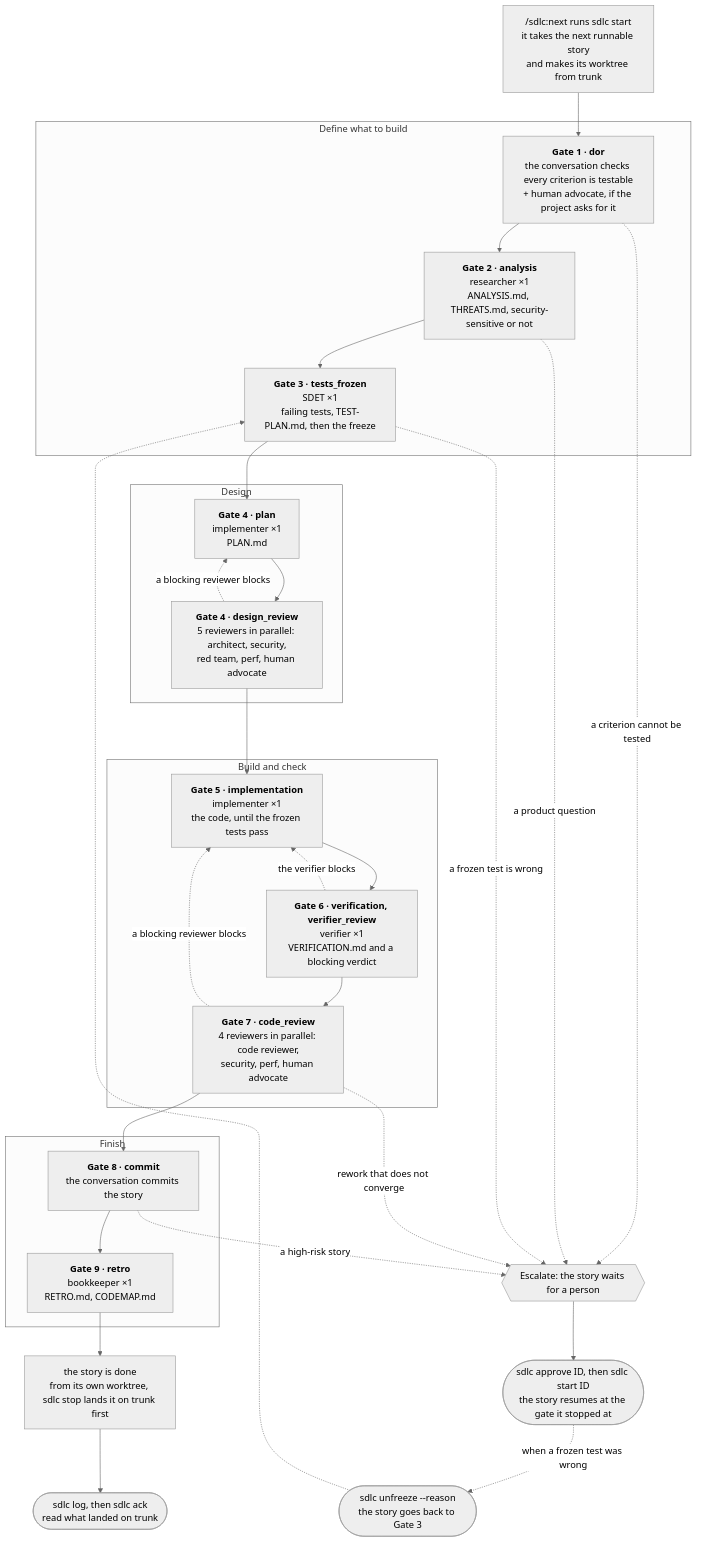
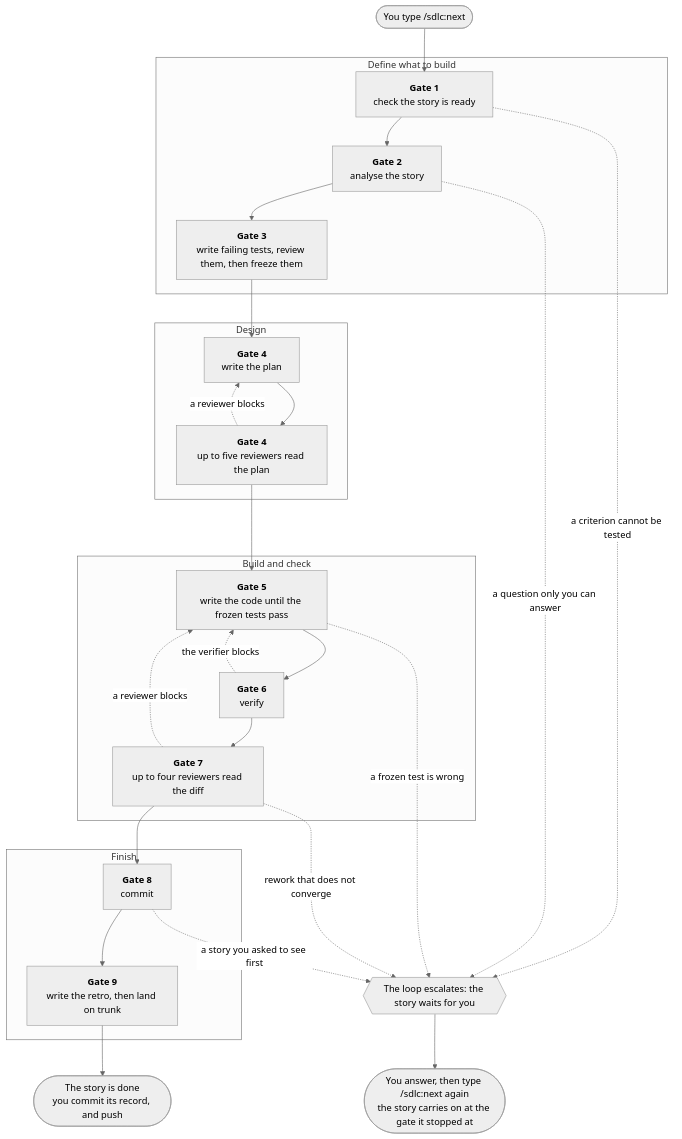
The diagram in docs/the-loop.md (bbsnly/sdlc), drawn with Mermaid (neutral theme) before and after one commit. The commit also changed other lines of this file and 36 other files, not shown here.

````diff
--- a/docs/the-loop.md
+++ b/docs/the-loop.md
@@ -109,50 +109,44 @@
 ```mermaid
 flowchart TD
-    start["/sdlc:next runs sdlc start<br/>it takes the next runnable story<br/>and makes its worktree from trunk"]
+    start(["You type /sdlc:next"])
 
     subgraph define["Define what to build"]
-        g1["<b>Gate 1 · dor</b><br/>the conversation checks every criterion is testable<br/>+ human advocate, if the project asks for it"]
-        g2["<b>Gate 2 · analysis</b><br/>researcher ×1<br/>ANALYSIS.md, THREATS.md, security-sensitive or not"]
-        g3["<b>Gate 3 · tests_frozen</b><br/>SDET ×1<br/>failing tests, TEST-PLAN.md, then the freeze"]
+        g1["<b>Gate 1</b><br/>check the story is ready"]
+        g2["<b>Gate 2</b><br/>analyse the story"]
+        g3["<b>Gate 3</b><br/>write failing tests, review them, then freeze them"]
     end
 
     subgraph design["Design"]
-        g4a["<b>Gate 4 · plan</b><br/>implementer ×1<br/>PLAN.md"]
-        g4b["<b>Gate 4 · design_review</b><br/>5 reviewers in parallel: architect, security,<br/>red team, perf, human advocate"]
+        g4a["<b>Gate 4</b><br/>write the plan"]
+        g4b["<b>Gate 4</b><br/>up to five reviewers read the plan"]
     end
 
     subgraph build["Build and check"]
-        g5["<b>Gate 5 · implementation</b><br/>implementer ×1<br/>the code, until the frozen tests pass"]
-        g6["<b>Gate 6 · verification, verifier_review</b><br/>verifier ×1<br/>VERIFICATION.md and a blocking verdict"]
-        g7["<b>Gate 7 · code_review</b><br/>4 reviewers in parallel: code reviewer,<br/>security, perf, human advocate"]
+        g5["<b>Gate 5</b><br/>write the code until the frozen tests pass"]
+        g6["<b>Gate 6</b><br/>verify"]
+        g7["<b>Gate 7</b><br/>up to four reviewers read the diff"]
     end
 
     subgraph finish["Finish"]
-        g8["<b>Gate 8 · commit</b><br/>the conversation commits the story"]
-        g9["<b>Gate 9 · retro</b><br/>bookkeeper ×1<br/>RETRO.md, CODEMAP.md"]
+        g8["<b>Gate 8</b><br/>commit"]
+        g9["<b>Gate 9</b><br/>write the retro, then land on trunk"]
     end
 
-    done["the story is done<br/>from its own worktree, sdlc stop lands it on trunk first"]
+    done(["The story is done<br/>you commit its record, and push"])
 
     start --> g1 --> g2 --> g3 --> g4a --> g4b --> g5 --> g6 --> g7 --> g8 --> g9 --> done
 
-    g4b -.->|a blocking reviewer blocks| g4a
+    g4b -.->|a reviewer blocks| g4a
     g6 -.->|the verifier blocks| g5
-    g7 -.->|a blocking reviewer blocks| g5
+    g7 -.->|a reviewer blocks| g5
 
-    esc{{"Escalate: the story waits for a person"}}
+    esc{{"The loop escalates: the story waits for you"}}
     g1 -.->|a criterion cannot be tested| esc
-    g2 -.->|a product question| esc
-    g3 -.->|a frozen test is wrong| esc
+    g2 -.->|a question only you can answer| esc
+    g5 -.->|a frozen test is wrong| esc
     g7 -.->|rework that does not converge| esc
-    g8 -.->|a high-risk story| esc
+    g8 -.->|a story you asked to see first| esc
 
-    approve(["sdlc approve ID, then sdlc start ID<br/>the story resumes at the gate it stopped at"])
-    unfreeze(["sdlc unfreeze --reason<br/>the story goes back to Gate 3"])
-    esc --> approve
-    approve -.->|when a frozen test was wrong| unfreeze
-    unfreeze -.-> g3
-
-    ack(["sdlc log, then sdlc ack<br/>read what landed on trunk"])
-    done --> ack
+    answer(["You answer, then type /sdlc:next again<br/>the story carries on at the gate it stopped at"])
+    esc --> answer
 ```
````
